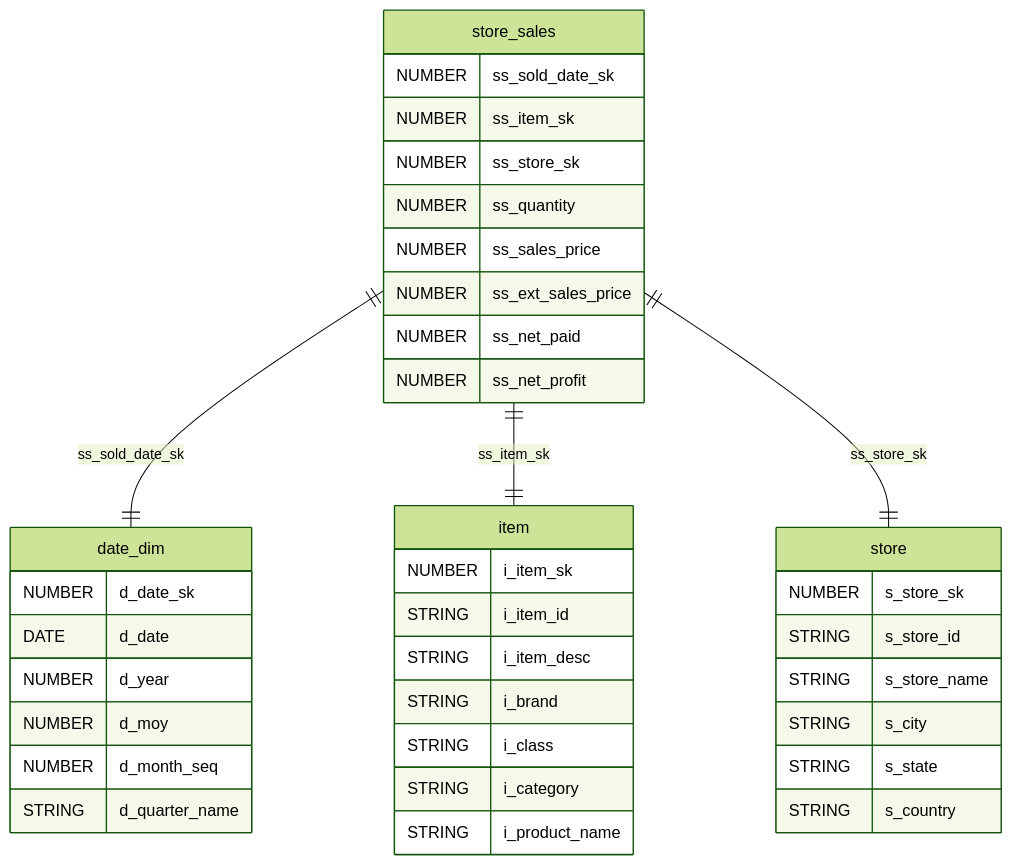
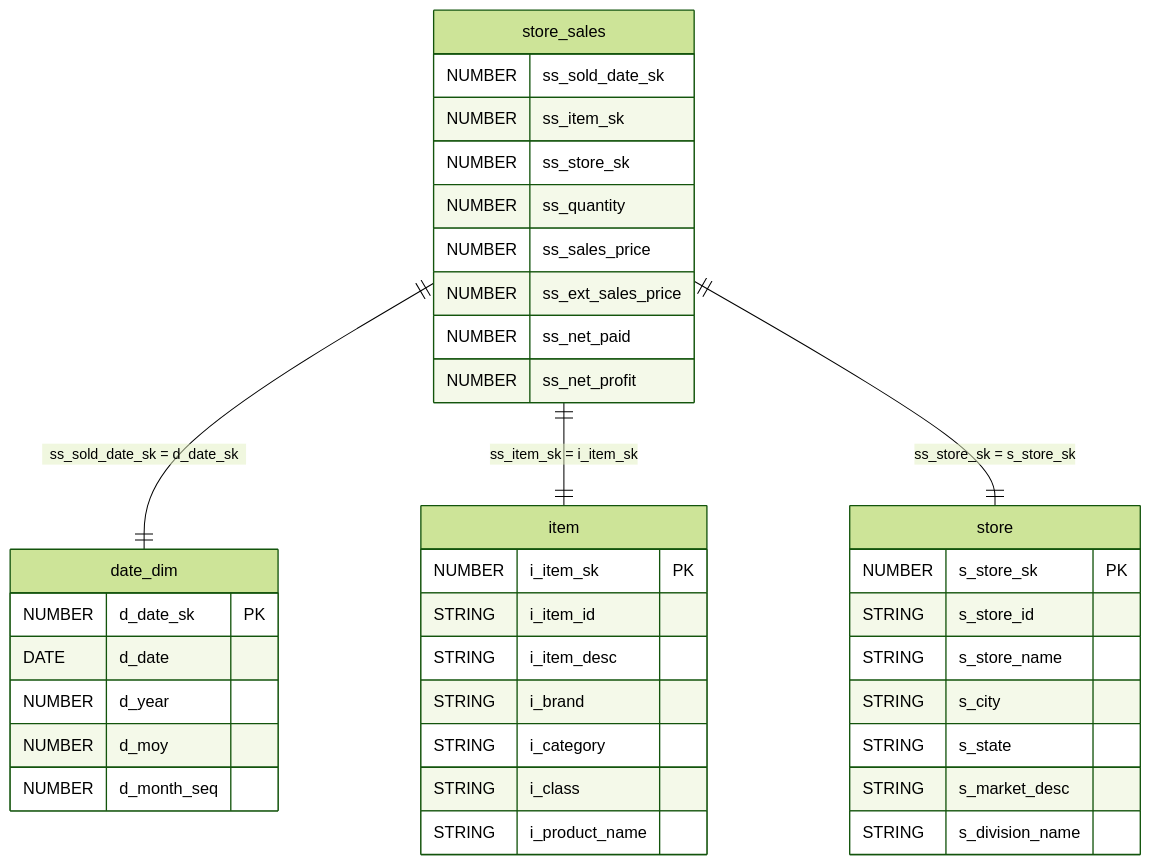
Before and after one commit to mrmaheshdattamishra-crypto/etl-scripts: the first of 3 diagrams in agentic-code/monthly_sales_star_schema/README.md, drawn with Mermaid (forest theme). The commit also changed other lines of this file, not shown here.

First line of the commit message:
Add monthly sales star schema ETL design document

````diff
--- a/agentic-code/monthly_sales_star_schema/README.md
+++ b/agentic-code/monthly_sales_star_schema/README.md
@@ -76,45 +79,45 @@
 ```mermaid
 erDiagram
     store_sales {
         NUMBER ss_sold_date_sk
         NUMBER ss_item_sk
         NUMBER ss_store_sk
         NUMBER ss_quantity
         NUMBER ss_sales_price
         NUMBER ss_ext_sales_price
         NUMBER ss_net_paid
         NUMBER ss_net_profit
     }
     
+    date_dim {
+        NUMBER d_date_sk PK
+        DATE d_date
+        NUMBER d_year
+        NUMBER d_moy
+        NUMBER d_month_seq
+    }
+    
     item {
-        NUMBER i_item_sk
+        NUMBER i_item_sk PK
         STRING i_item_id
         STRING i_item_desc
         STRING i_brand
+        STRING i_category
         STRING i_class
-        STRING i_category
         STRING i_product_name
     }
     
     store {
-        NUMBER s_store_sk
+        NUMBER s_store_sk PK
         STRING s_store_id
         STRING s_store_name
         STRING s_city
         STRING s_state
-        STRING s_country
+        STRING s_market_desc
+        STRING s_division_name
     }
     
-    date_dim {
-        NUMBER d_date_sk
-        DATE d_date
-        NUMBER d_year
-        NUMBER d_moy
-        NUMBER d_month_seq
-        STRING d_quarter_name
-    }
-    
-    store_sales ||--|| date_dim : ss_sold_date_sk
-    store_sales ||--|| item : ss_item_sk
-    store_sales ||--|| store : ss_store_sk
+    store_sales ||--|| date_dim : "ss_sold_date_sk = d_date_sk"
+    store_sales ||--|| item : "ss_item_sk = i_item_sk"
+    store_sales ||--|| store : "ss_store_sk = s_store_sk"
 ```
````
